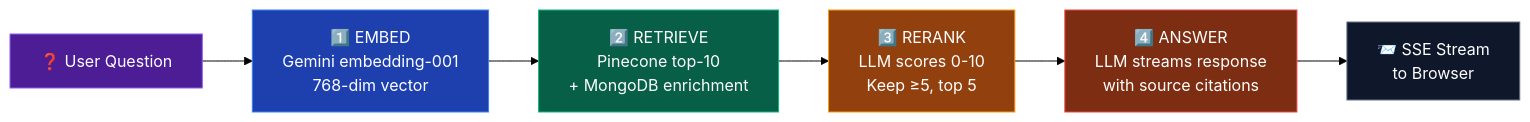
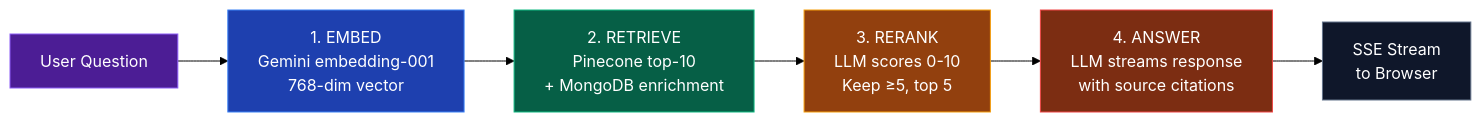
One commit to AniketB26/What-I-Signed changed the sixth of 9 diagrams in README.md. Above: the diagram before and after it, drawn with Mermaid (forest theme). The commit also changed other lines of this file, not shown here.

Commit message:
docs: remove emojis from mermaid blocks to fix rendering

````diff
--- a/README.md
+++ b/README.md
@@ -473,16 +473,16 @@
 ```mermaid
 graph LR
-    Q["❓ User Question"]
-    Q --> E["1️⃣ EMBED\nGemini embedding-001\n768-dim vector"]
-    E --> R["2️⃣ RETRIEVE\nPinecone top-10\n+ MongoDB enrichment"]
-    R --> RR["3️⃣ RERANK\nLLM scores 0-10\nKeep ≥5, top 5"]
-    RR --> A["4️⃣ ANSWER\nLLM streams response\nwith source citations"]
-    A --> U["📨 SSE Stream\nto Browser"]
+    Q["User Question"]
+    Q --> E["1. EMBED\nGemini embedding-001\n768-dim vector"]
+    E --> R["2. RETRIEVE\nPinecone top-10\n+ MongoDB enrichment"]
+    R --> RR["3. RERANK\nLLM scores 0-10\nKeep ≥5, top 5"]
+    RR --> A["4. ANSWER\nLLM streams response\nwith source citations"]
+    A --> U["SSE Stream\nto Browser"]
 
     style Q fill:#4c1d95,stroke:#8b5cf6,color:#fff
     style E fill:#1e40af,stroke:#3b82f6,color:#fff
     style R fill:#065f46,stroke:#10b981,color:#fff
     style RR fill:#92400e,stroke:#f59e0b,color:#fff
     style A fill:#7c2d12,stroke:#ef4444,color:#fff
     style U fill:#0f172a,stroke:#64748b,color:#fff
 ```
````
